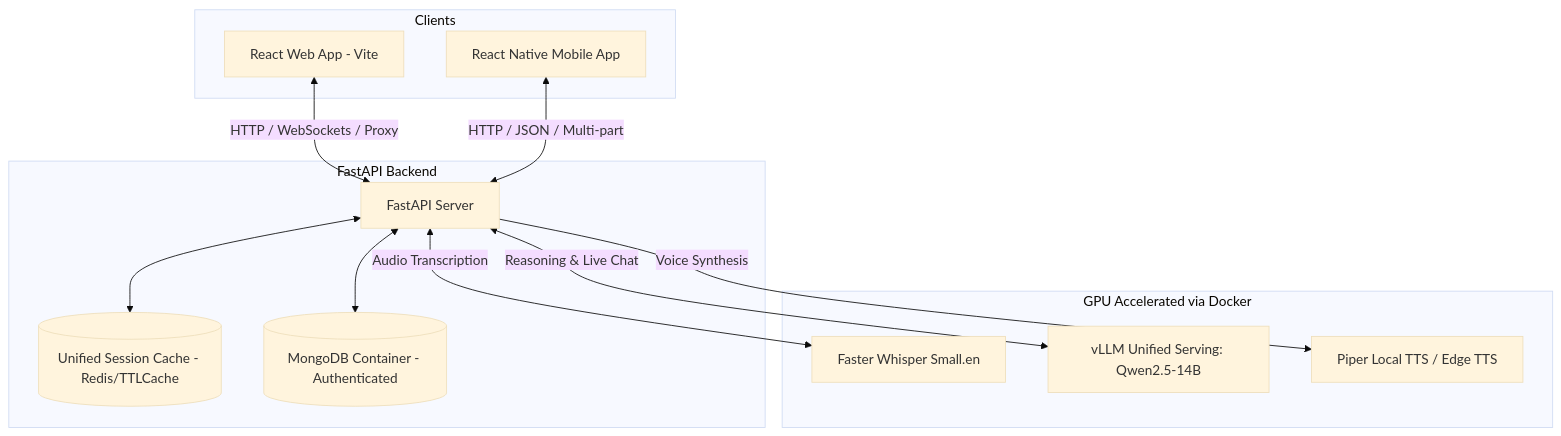
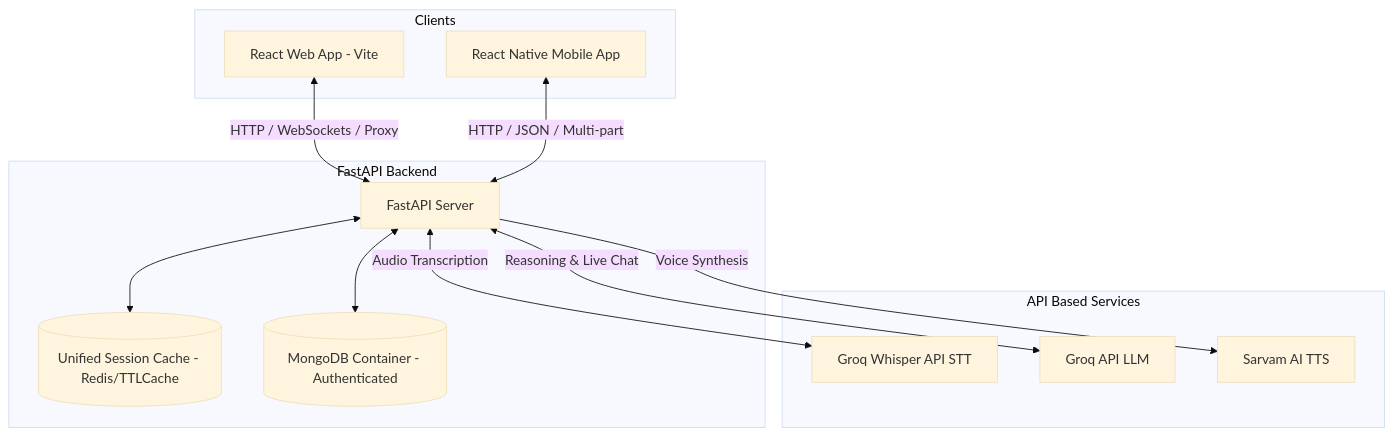
Before and after one commit to suyashB45/COACT-AI: the diagram in README.md, drawn with Mermaid (base theme). The commit also changed other lines of this file and 37 other files, not shown here.

````diff
--- a/README.md
+++ b/README.md
@@ -17,29 +17,29 @@
 ```mermaid
 graph TD
     subgraph Clients
         Web[React Web App - Vite]
         Mobile[React Native Mobile App]
     end
 
     subgraph Backend Services [FastAPI Backend]
         API[FastAPI Server]
         Cache[(Unified Session Cache - Redis/TTLCache)]
         DB[(MongoDB Container - Authenticated)]
     end
 
-    subgraph Local AI Engine [GPU Accelerated via Docker]
-        LocalSTT[Faster Whisper Small.en]
-        UnifiedLLM[vLLM Unified Serving: Qwen2.5-14B]
-        TTS[Piper Local TTS / Edge TTS]
+    subgraph Cloud AI Engine [API Based Services]
+        GroqSTT[Groq Whisper API STT]
+        GroqLLM[Groq API LLM]
+        TTS[Sarvam AI TTS]
     end
 
     Web <-->|HTTP / WebSockets / Proxy| API
     Mobile <-->|HTTP / JSON / Multi-part| API
     
     API <--> Cache
     API <--> DB
     
-    API <-->|Audio Transcription| LocalSTT
-    API <-->|Reasoning & Live Chat| UnifiedLLM
+    API <-->|Audio Transcription| GroqSTT
+    API <-->|Reasoning & Live Chat| GroqLLM
     API -->|Voice Synthesis| TTS
 ```
````
